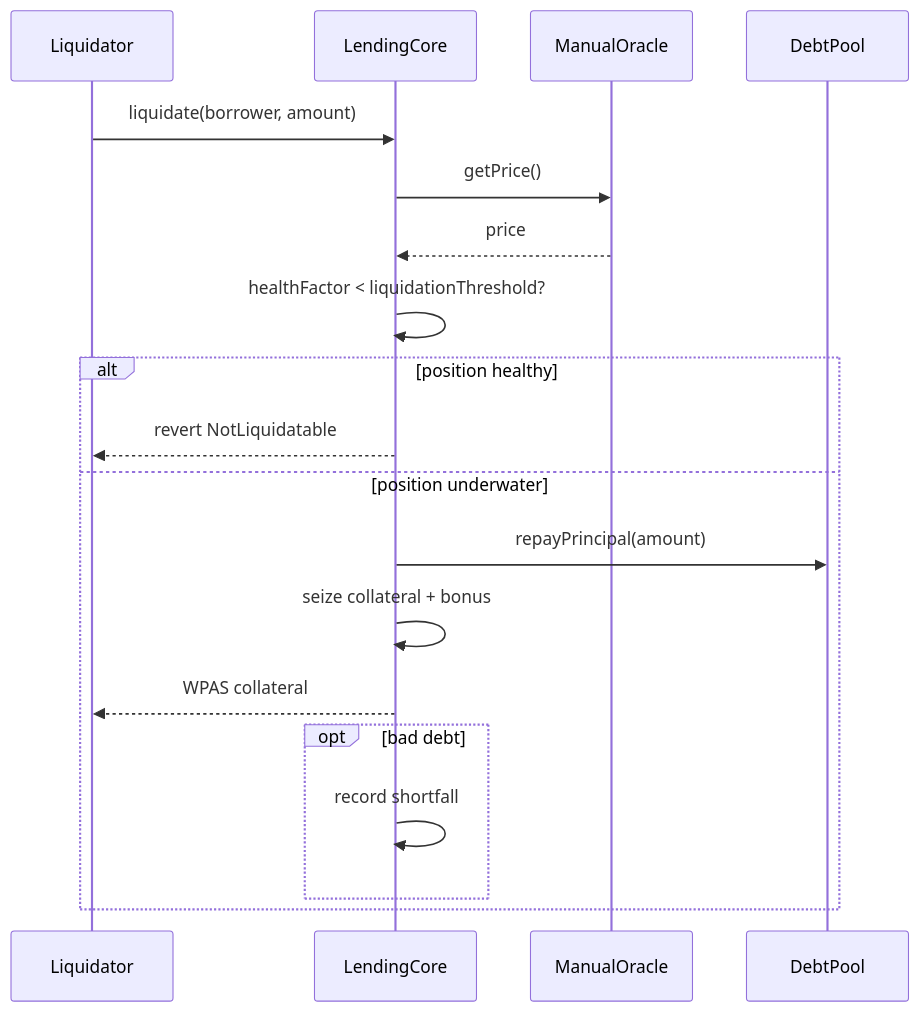
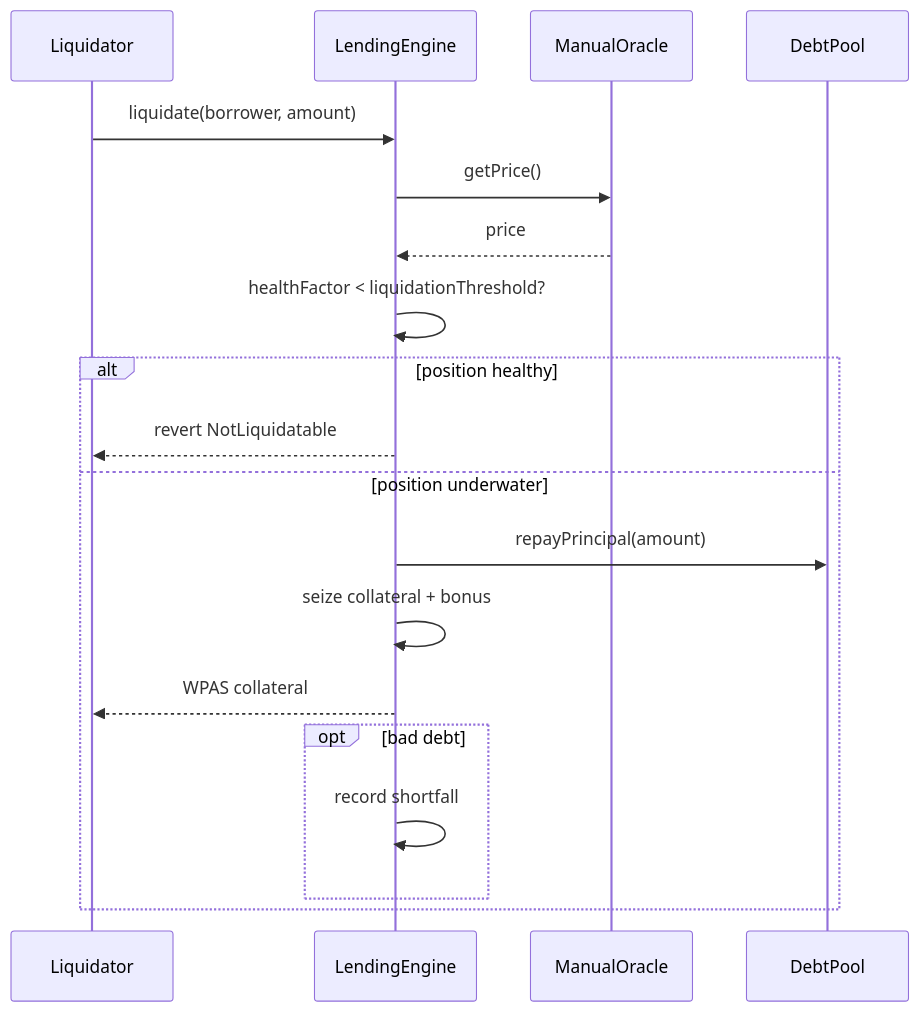
One commit to symulacr/dualvm-lending changed the tenth of 10 diagrams in README.md. Above: the diagram before and after it, drawn with Mermaid. The commit also changed other lines of this file and 3 other files, not shown here.

First line of the commit message:
fix: delete LendingCore.sol V1 contract and update stale naming in docs

````diff
--- a/README.md
+++ b/README.md
@@ -267,21 +267,21 @@
 ```mermaid
 sequenceDiagram
     participant Liq as Liquidator
-    participant LC as LendingCore
+    participant LC as LendingEngine
     participant MO as ManualOracle
     participant DP as DebtPool
     Liq->>LC: liquidate(borrower, amount)
     LC->>MO: getPrice()
     MO-->>LC: price
     LC->>LC: healthFactor < liquidationThreshold?
     alt position healthy
         LC-->>Liq: revert NotLiquidatable
     else position underwater
         LC->>DP: repayPrincipal(amount)
         LC->>LC: seize collateral + bonus
         LC-->>Liq: WPAS collateral
         opt bad debt
             LC->>LC: record shortfall
         end
     end
 ```
````
